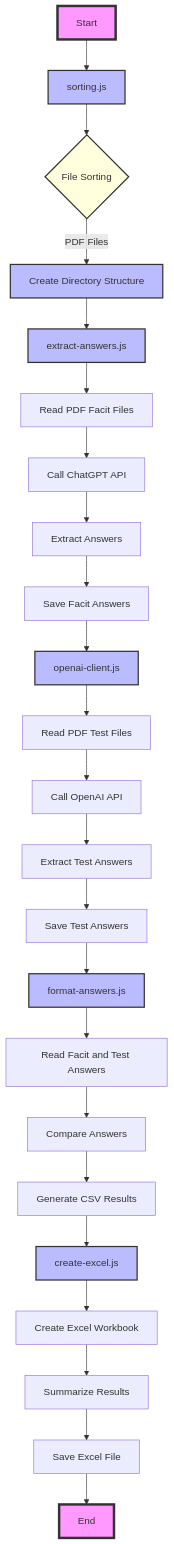
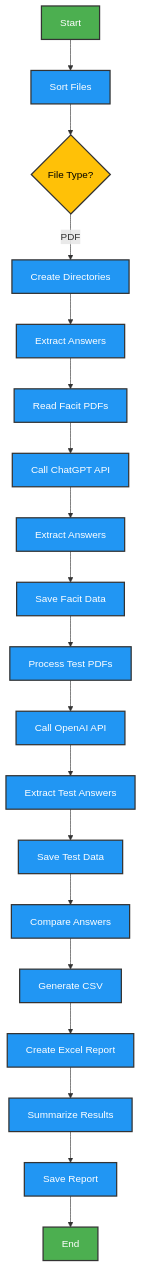
One commit to MeGurre666/gymnasiearbete-public changed the diagram in overview-diagram.md. Above: the diagram before and after it, drawn with Mermaid.

````diff
--- a/overview-diagram.md
+++ b/overview-diagram.md
@@ -3,37 +3,33 @@
 ```mermaid
 flowchart TD
-    A[Start] --> B[sorting.js]
-    B --> C{File Sorting}
-    C --> |PDF Files| D[Create Directory Structure]
-    D --> E[extract-answers.js]
-    E --> F[Read PDF Facit Files]
+    A[Start] --> B[Sort Files]
+    B --> C{File Type?}
+    C --> |PDF| D[Create Directories]
+    D --> E[Extract Answers]
+    E --> F[Read Facit PDFs]
     F --> G[Call ChatGPT API]
     G --> H[Extract Answers]
-    H --> I[Save Facit Answers]
+    H --> I[Save Facit Data]
     
-    I --> J[openai-client.js]
-    J --> K[Read PDF Test Files]
-    K --> L[Call OpenAI API]
-    L --> M[Extract Test Answers]
-    M --> N[Save Test Answers]
+    I --> J[Process Test PDFs]
+    J --> K[Call OpenAI API]
+    K --> L[Extract Test Answers]
+    L --> M[Save Test Data]
     
-    N --> O[format-answers.js]
-    O --> P[Read Facit and Test Answers]
-    P --> Q[Compare Answers]
-    Q --> R[Generate CSV Results]
+    M --> N[Compare Answers]
+    N --> O[Generate CSV]
     
-    R --> S[create-excel.js]
-    S --> T[Create Excel Workbook]
-    T --> U[Summarize Results]
-    U --> V[Save Excel File]
+    O --> P[Create Excel Report]
+    P --> Q[Summarize Results]
+    Q --> R[Save Report]
     
-    V --> W[End]
+    R --> S[End]
     
-    classDef start fill:#f9f,stroke:#333,stroke-width:4px;
-    classDef process fill:#bbf,stroke:#333,stroke-width:2px;
-    classDef decision fill:#ffd,stroke:#333,stroke-width:2px;
+    classDef start fill:#4CAF50,stroke:#333,stroke-width:2px,color:#fff;
+    classDef process fill:#2196F3,stroke:#333,stroke-width:2px,color:#fff;
+    classDef decision fill:#FFC107,stroke:#333,stroke-width:2px,color:#000;
     
-    class A,W start;
-    class B,D,E,J,O,S process;
+    class A,S start;
+    class B,D,E,F,G,H,I,J,K,L,M,N,O,P,Q,R process;
     class C decision;
 ```
````
